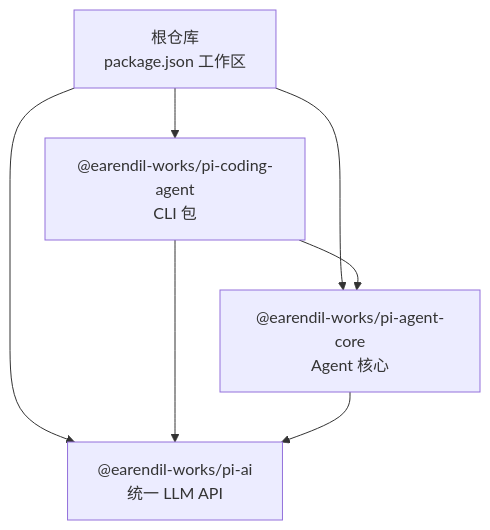
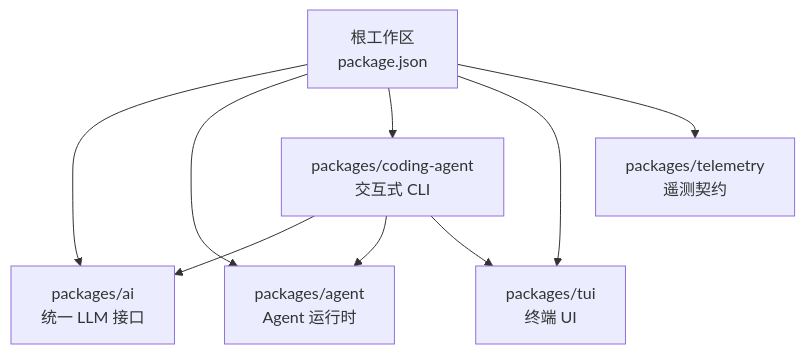
The first of 3 diagrams in .qoder/repowiki/zh/content/快速开始.md (haolange/pi), drawn with Mermaid before and after one commit. The commit also changed other lines of this file and 246 other files, not shown here.

````diff
--- a/.qoder/repowiki/zh/content/快速开始.md
+++ b/.qoder/repowiki/zh/content/快速开始.md
@@ -42,9 +31,11 @@
 ```mermaid
 graph TB
-Root["根仓库<br/>package.json 工作区"] --> CA["@earendil-works/pi-coding-agent<br/>CLI 包"]
-Root --> AG["@earendil-works/pi-agent-core<br/>Agent 核心"]
-Root --> AI["@earendil-works/pi-ai<br/>统一 LLM API"]
-CA --> AG
-CA --> AI
-AG --> AI
+A["根工作区<br/>package.json"] --> B["packages/ai<br/>统一 LLM 接口"]
+A --> C["packages/agent<br/>Agent 运行时"]
+A --> D["packages/coding-agent<br/>交互式 CLI"]
+A --> E["packages/tui<br/>终端 UI"]
+A --> F["packages/telemetry<br/>遥测契约"]
+D --> B
+D --> C
+D --> E
 ```
````
